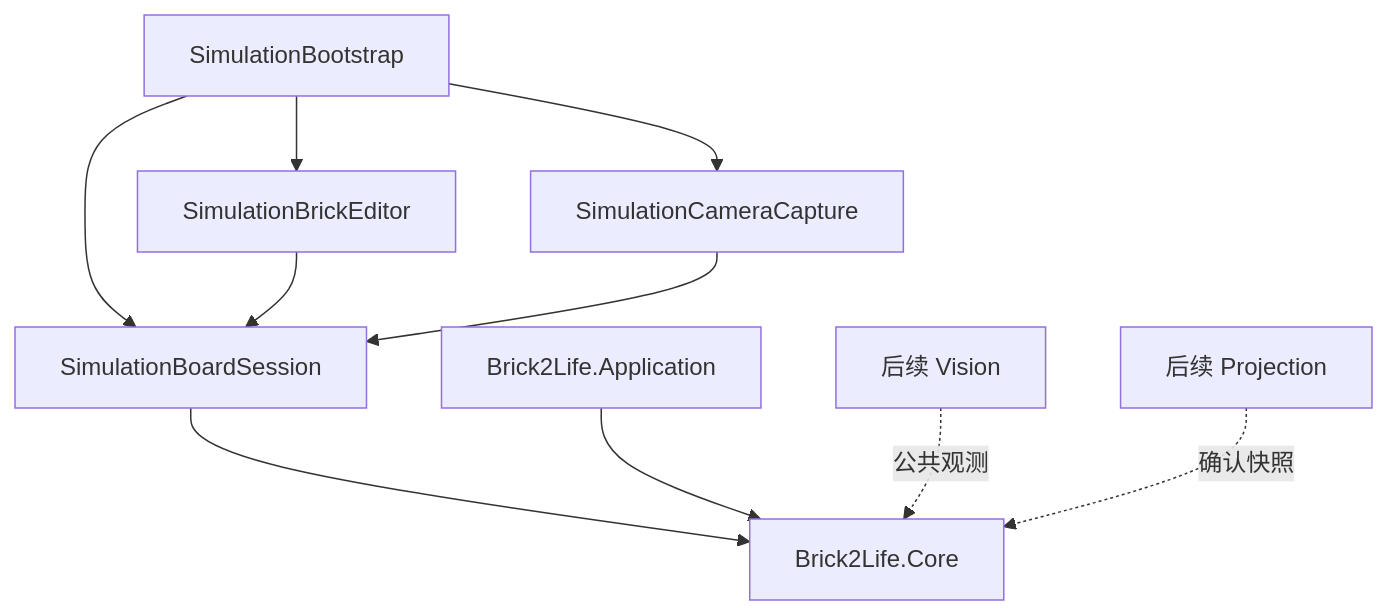
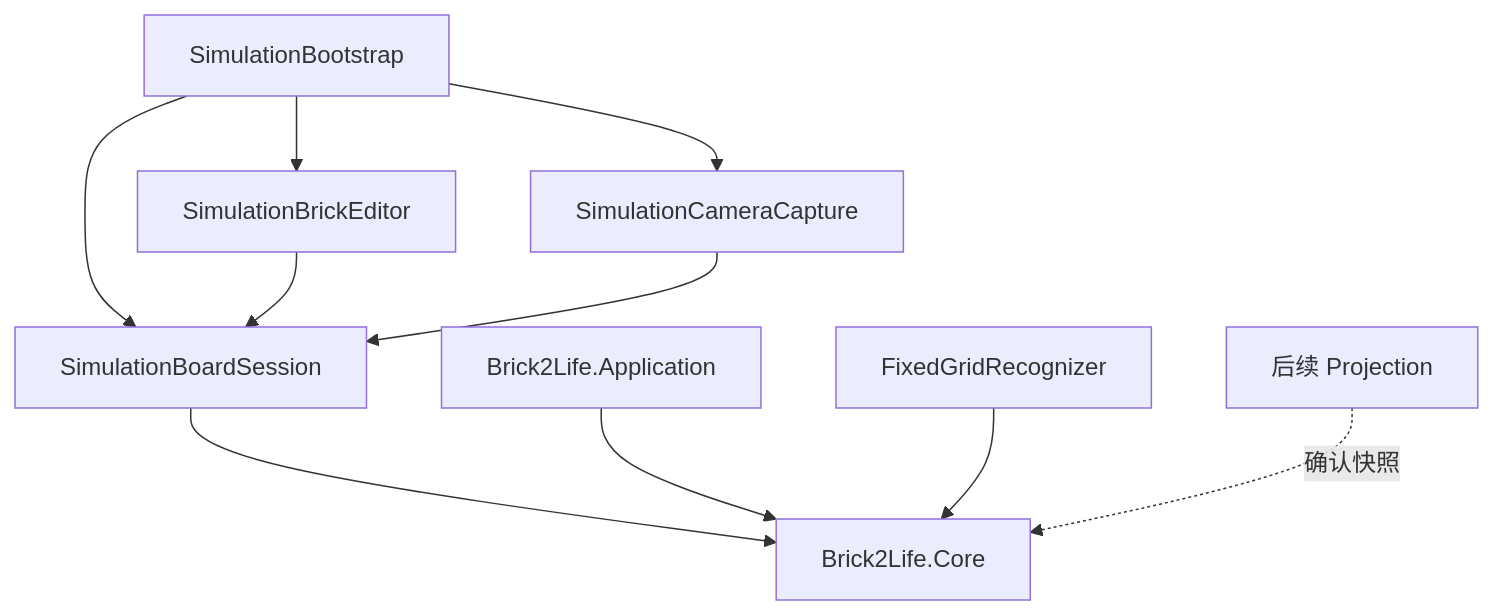
Before and after one commit to hanyang-sun/Brick2life: the diagram in docs/architecture.md, drawn with Mermaid. The commit also changed other lines of this file and 40 other files, not shown here.

````diff
--- a/docs/architecture.md
+++ b/docs/architecture.md
@@ -7,12 +7,12 @@
 ```mermaid
 flowchart TD
     Entry[SimulationBootstrap] --> Session[SimulationBoardSession]
     Entry --> UI[SimulationBrickEditor]
     Entry --> Capture[SimulationCameraCapture]
     UI --> Session
     Capture --> Session
     Session --> Core[Brick2Life.Core]
     App[Brick2Life.Application] --> Core
-    Vision[后续 Vision] -. 公共观测 .-> Core
+    Vision[FixedGridRecognizer] --> Core
     Projection[后续 Projection] -. 确认快照 .-> Core
 ```
````
